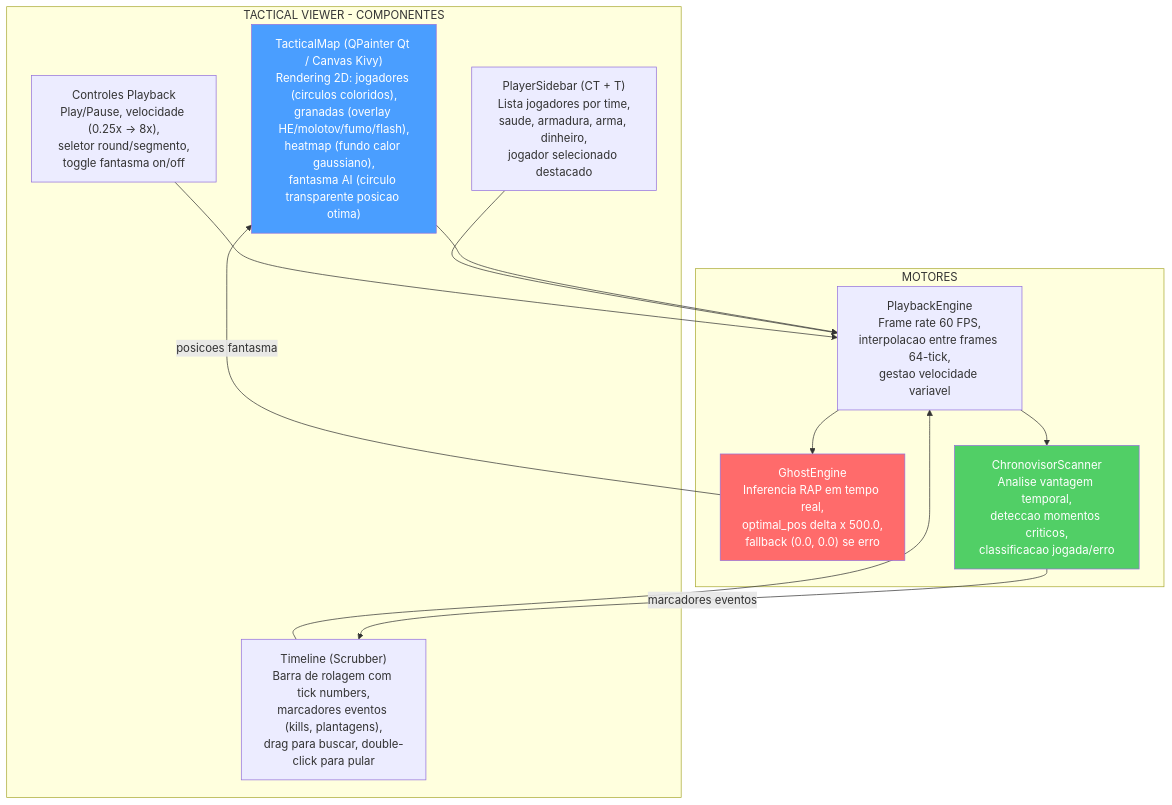
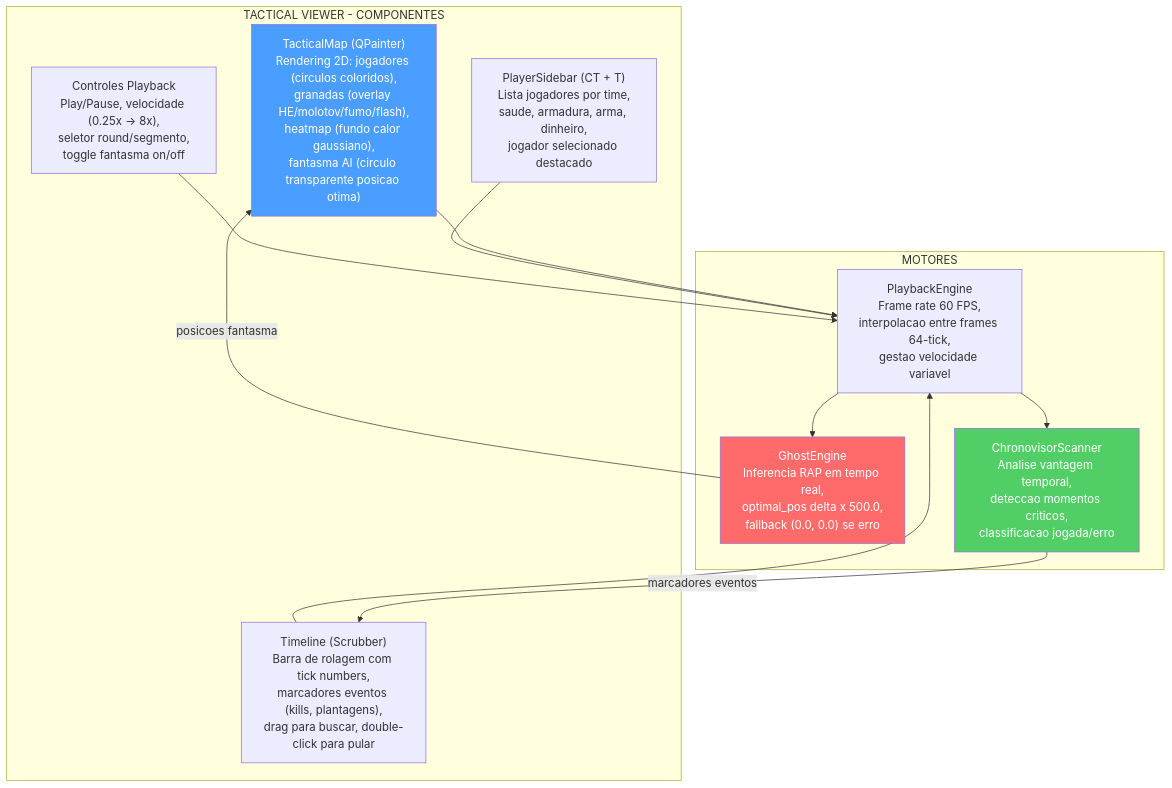
One commit to renanaugustomacena-ux/Counter-Strike-coach-AI changed diagram 23 of 53 in docs/books/Book-Coach-3-pt.md. Above: the diagram before and after it, drawn with Mermaid. The commit also changed other lines of this file and 2 other files, not shown here.

First line of the commit message:
docs: update Book-Coach-3 trilogy — remove Kivy, fix screen/test counts

````diff
--- a/docs/books/Book-Coach-3-pt.md
+++ b/docs/books/Book-Coach-3-pt.md
@@ -1480,26 +1407,26 @@
 ```mermaid
 flowchart TB
     subgraph VIEWER["TACTICAL VIEWER - COMPONENTES"]
-        MAP["TacticalMap (QPainter Qt / Canvas Kivy)<br/>Rendering 2D: jogadores (circulos coloridos),<br/>granadas (overlay HE/molotov/fumo/flash),<br/>heatmap (fundo calor gaussiano),<br/>fantasma AI (circulo transparente posicao otima)"]
+        MAP["TacticalMap (QPainter)<br/>Rendering 2D: jogadores (circulos coloridos),<br/>granadas (overlay HE/molotov/fumo/flash),<br/>heatmap (fundo calor gaussiano),<br/>fantasma AI (circulo transparente posicao otima)"]
         TIMELINE["Timeline (Scrubber)<br/>Barra de rolagem com tick numbers,<br/>marcadores eventos (kills, plantagens),<br/>drag para buscar, double-click para pular"]
         SIDEBAR["PlayerSidebar (CT + T)<br/>Lista jogadores por time,<br/>saude, armadura, arma, dinheiro,<br/>jogador selecionado destacado"]
         CONTROLS["Controles Playback<br/>Play/Pause, velocidade (0.25x → 8x),<br/>seletor round/segmento,<br/>toggle fantasma on/off"]
     end
     subgraph ENGINE["MOTORES"]
         PBE["PlaybackEngine<br/>Frame rate 60 FPS,<br/>interpolacao entre frames 64-tick,<br/>gestao velocidade variavel"]
         GE["GhostEngine<br/>Inferencia RAP em tempo real,<br/>optimal_pos delta x 500.0,<br/>fallback (0.0, 0.0) se erro"]
         CS["ChronovisorScanner<br/>Analise vantagem temporal,<br/>deteccao momentos criticos,<br/>classificacao jogada/erro"]
     end
     MAP --> PBE
     TIMELINE --> PBE
     SIDEBAR --> PBE
     CONTROLS --> PBE
     PBE --> GE
     PBE --> CS
     GE -->|"posicoes fantasma"| MAP
     CS -->|"marcadores eventos"| TIMELINE
 
     style MAP fill:#4a9eff,color:#fff
     style GE fill:#ff6b6b,color:#fff
     style CS fill:#51cf66,color:#fff
 ```
````
